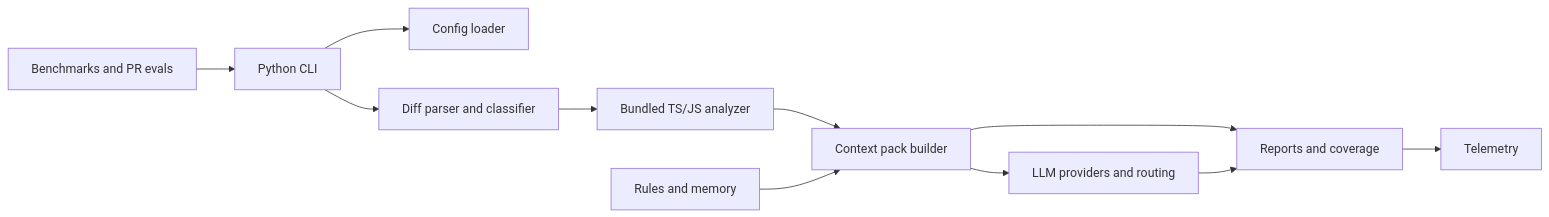
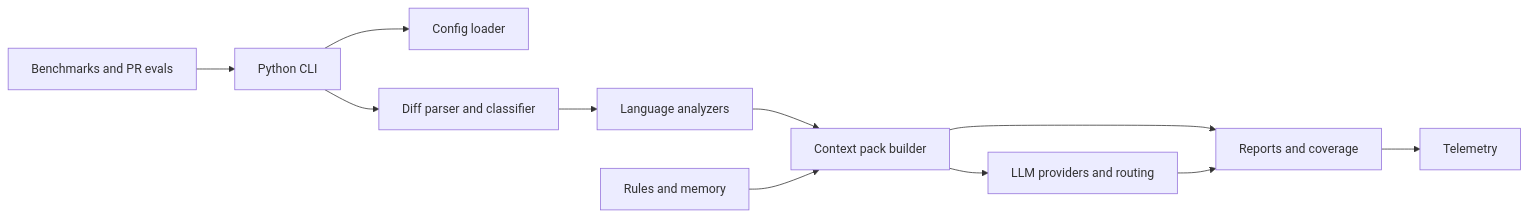
Before and after one commit to dobrotacreator/apex-ray: the first of 3 diagrams in docs/architecture.md, drawn with Mermaid. The commit also changed other lines of this file and 15 other files, not shown here.

````diff
--- a/docs/architecture.md
+++ b/docs/architecture.md
@@ -18,24 +18,24 @@
 ```mermaid
 flowchart LR
   CLI["Python CLI"]
   Config["Config loader"]
   Diff["Diff parser and classifier"]
-  Analyzer["Bundled TS/JS analyzer"]
+  Analyzer["Language analyzers"]
   Context["Context pack builder"]
   Rules["Rules and memory"]
   LLM["LLM providers and routing"]
   Reports["Reports and coverage"]
   Telemetry["Telemetry"]
   Eval["Benchmarks and PR evals"]
 
   CLI --> Config
   CLI --> Diff
   Diff --> Analyzer
   Analyzer --> Context
   Rules --> Context
   Context --> LLM
   Context --> Reports
   LLM --> Reports
   Reports --> Telemetry
   Eval --> CLI
 ```
````
